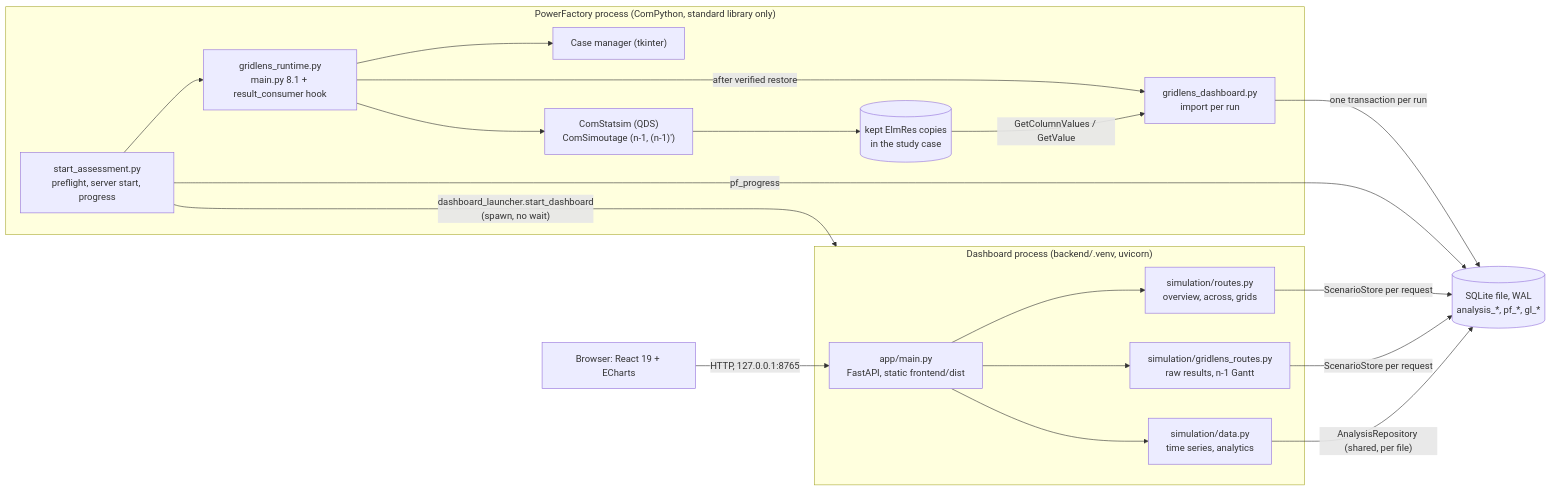
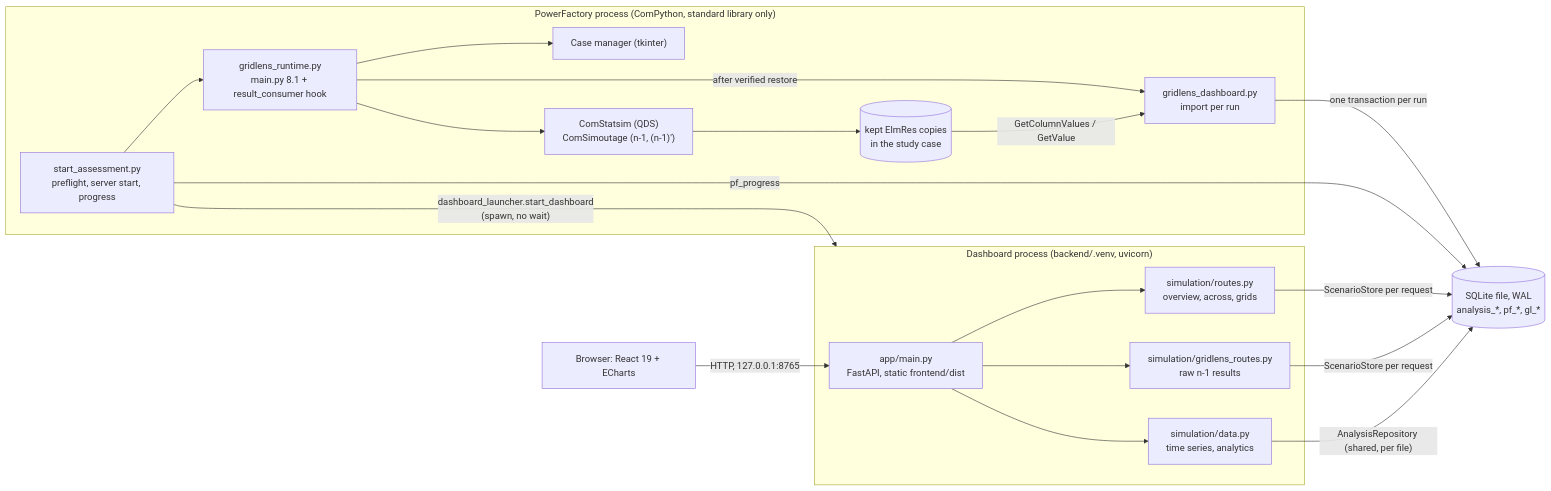
The first of 2 diagrams in docs/ARCHITECTURE.md (hadiibrahim-Engin/nahriva-grid-analysis), drawn with Mermaid before and after one commit. The commit also changed other lines of this file and 38 other files, not shown here.

````diff
--- a/docs/ARCHITECTURE.md
+++ b/docs/ARCHITECTURE.md
@@ -8,30 +8,30 @@
 ```mermaid
 flowchart LR
     subgraph PF["PowerFactory process (ComPython, standard library only)"]
         Start["start_assessment.py<br/>preflight, server start, progress"]
         Runtime["gridlens_runtime.py<br/>main.py 8.1 + result_consumer hook"]
         CM["Case manager (tkinter)"]
         Calc["ComStatsim (QDS)<br/>ComSimoutage (n-1, (n-1)')"]
         Kept[("kept ElmRes copies<br/>in the study case")]
         Bridge["gridlens_dashboard.py<br/>import per run"]
         Start --> Runtime --> CM
         Runtime --> Calc --> Kept
         Runtime -- "after verified restore" --> Bridge
         Kept -- "GetColumnValues / GetValue" --> Bridge
     end
     DB[("SQLite file, WAL<br/>analysis_*, pf_*, gl_*")]
     Bridge -- "one transaction per run" --> DB
     Start -- "pf_progress" --> DB
     subgraph Server["Dashboard process (backend/.venv, uvicorn)"]
         Main["app/main.py<br/>FastAPI, static frontend/dist"]
         Routes["simulation/routes.py<br/>overview, across, grids"]
-        GL["simulation/gridlens_routes.py<br/>raw results, n-1 Gantt"]
+        GL["simulation/gridlens_routes.py<br/>raw n-1 results"]
         Data["simulation/data.py<br/>time series, analytics"]
         Main --> Routes & GL & Data
     end
     Start -- "dashboard_launcher.start_dashboard<br/>(spawn, no wait)" --> Server
     Routes -- "ScenarioStore per request" --> DB
     GL -- "ScenarioStore per request" --> DB
     Data -- "AnalysisRepository (shared, per file)" --> DB
     Browser["Browser: React 19 + ECharts"] -- "HTTP, 127.0.0.1:8765" --> Main
 ```
````
